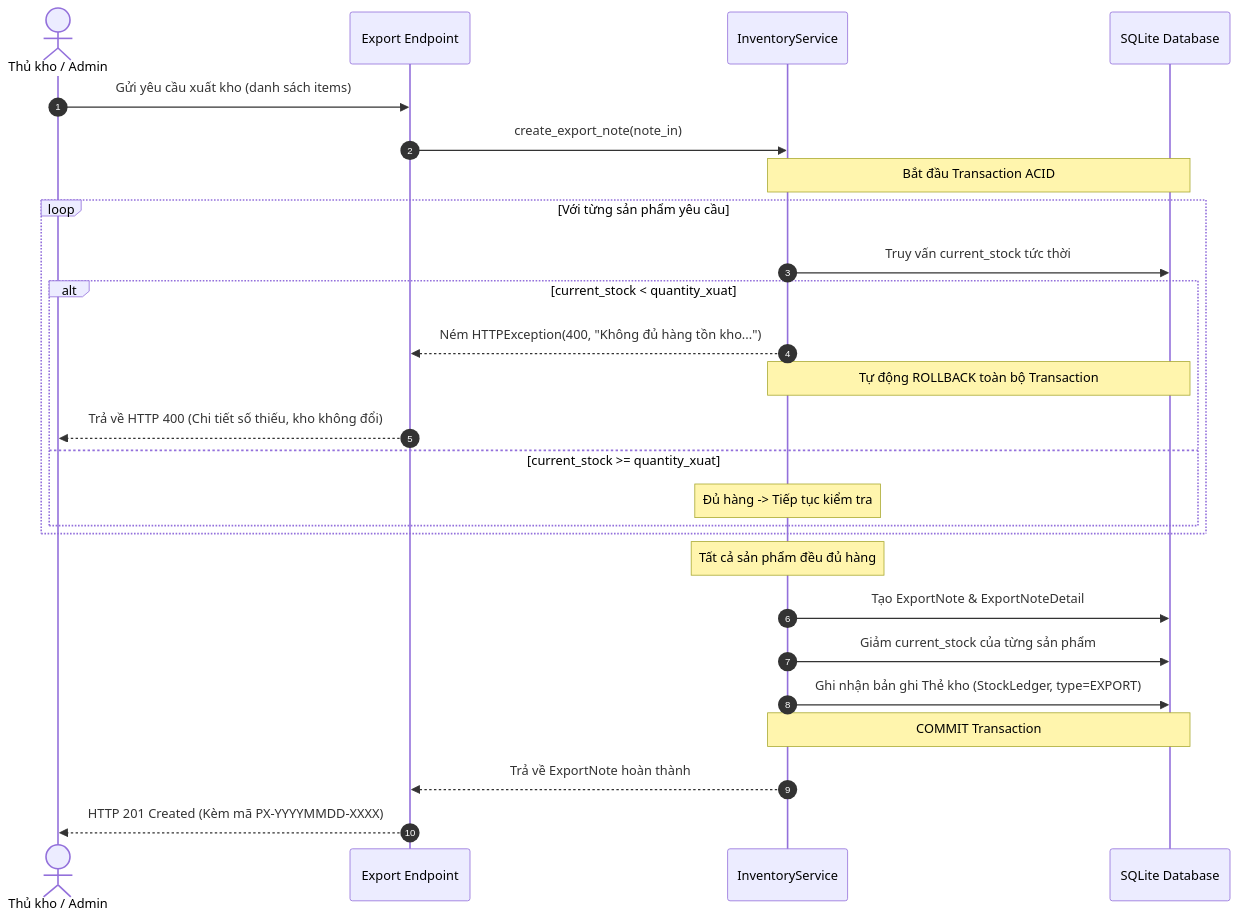
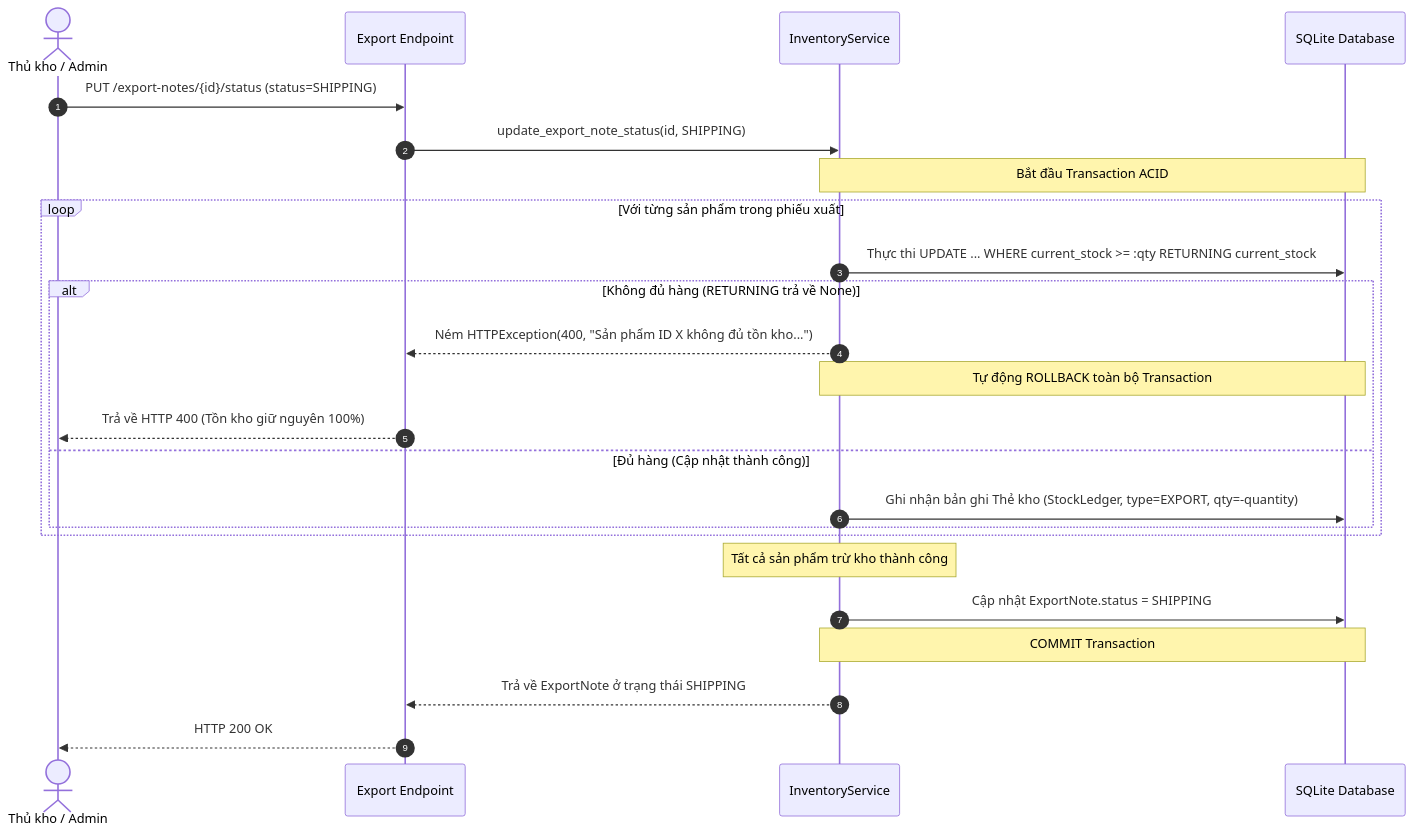
Before and after one commit to dtc245090028-ui/gemini: the second of 2 diagrams in hệ thống quản lý kho/docs/SDLC/KT2/02_Transaction_Design_and_Negative_Stock_Prevention.md, drawn with Mermaid. The commit also changed other lines of this file and 128 other files, not shown here.

Commit message:
chore(docs): sắp xếp hồ sơ đồ án 4 giai đoạn và cập nhật gitignore

````diff
--- a/hệ thống quản lý kho/docs/SDLC/KT2/02_Transaction_Design_and_Negative_Stock_Prevention.md
+++ b/hệ thống quản lý kho/docs/SDLC/KT2/02_Transaction_Design_and_Negative_Stock_Prevention.md
@@ -62,29 +89,27 @@
 ```mermaid
 sequenceDiagram
     autonumber
     actor U as Thủ kho / Admin
     participant API as Export Endpoint
     participant S as InventoryService
     participant DB as SQLite Database
 
-    U->>API: Gửi yêu cầu xuất kho (danh sách items)
-    API->>S: create_export_note(note_in)
+    U->>API: PUT /export-notes/{id}/status (status=SHIPPING)
+    API->>S: update_export_note_status(id, SHIPPING)
     Note over S,DB: Bắt đầu Transaction ACID
-    loop Với từng sản phẩm yêu cầu
-        S->>DB: Truy vấn current_stock tức thời
-        alt current_stock < quantity_xuat
-            S-->>API: Ném HTTPException(400, "Không đủ hàng tồn kho...")
+    loop Với từng sản phẩm trong phiếu xuất
+        S->>DB: Thực thi UPDATE ... WHERE current_stock >= :qty RETURNING current_stock
+        alt Không đủ hàng (RETURNING trả về None)
+            S-->>API: Ném HTTPException(400, "Sản phẩm ID X không đủ tồn kho...")
             Note over S,DB: Tự động ROLLBACK toàn bộ Transaction
-            API-->>U: Trả về HTTP 400 (Chi tiết số thiếu, kho không đổi)
-        else current_stock >= quantity_xuat
-            Note over S: Đủ hàng -> Tiếp tục kiểm tra
+            API-->>U: Trả về HTTP 400 (Tồn kho giữ nguyên 100%)
+        else Đủ hàng (Cập nhật thành công)
+            S->>DB: Ghi nhận bản ghi Thẻ kho (StockLedger, type=EXPORT, qty=-quantity)
         end
     end
-    Note over S: Tất cả sản phẩm đều đủ hàng
-    S->>DB: Tạo ExportNote & ExportNoteDetail
-    S->>DB: Giảm current_stock của từng sản phẩm
-    S->>DB: Ghi nhận bản ghi Thẻ kho (StockLedger, type=EXPORT)
+    Note over S: Tất cả sản phẩm trừ kho thành công
+    S->>DB: Cập nhật ExportNote.status = SHIPPING
     Note over S,DB: COMMIT Transaction
-    S-->>API: Trả về ExportNote hoàn thành
-    API-->>U: HTTP 201 Created (Kèm mã PX-YYYYMMDD-XXXX)
+    S-->>API: Trả về ExportNote ở trạng thái SHIPPING
+    API-->>U: HTTP 200 OK
 ```
````
